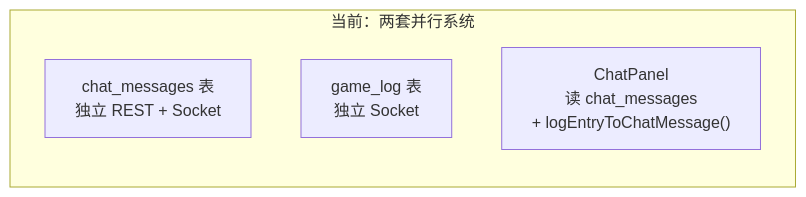
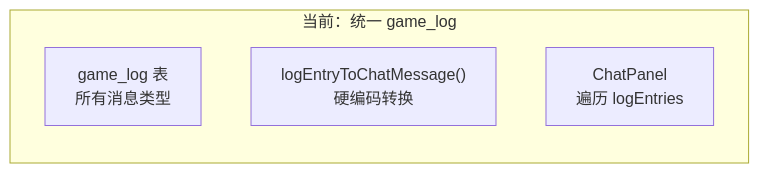
One commit to RidRisR/myVTT changed the third of 7 diagrams in docs/design/18-系统架构现状与演进分析.md. Above: the diagram before and after it, drawn with Mermaid. The commit also changed other lines of this file and 11 other files, not shown here.

````diff
--- a/docs/design/18-系统架构现状与演进分析.md
+++ b/docs/design/18-系统架构现状与演进分析.md
@@ -261,8 +263,8 @@
 ```mermaid
 graph LR
-    subgraph Current["当前：两套并行系统"]
-        CM["chat_messages 表<br/>独立 REST + Socket"]
-        GL["game_log 表<br/>独立 Socket"]
-        CP["ChatPanel<br/>读 chat_messages<br/>+ logEntryToChatMessage()"]
+    subgraph Current["当前：统一 game_log"]
+        GL["game_log 表<br/>所有消息类型"]
+        CONV["logEntryToChatMessage()<br/>硬编码转换"]
+        CP["ChatPanel<br/>遍历 logEntries"]
     end
 ```
````
